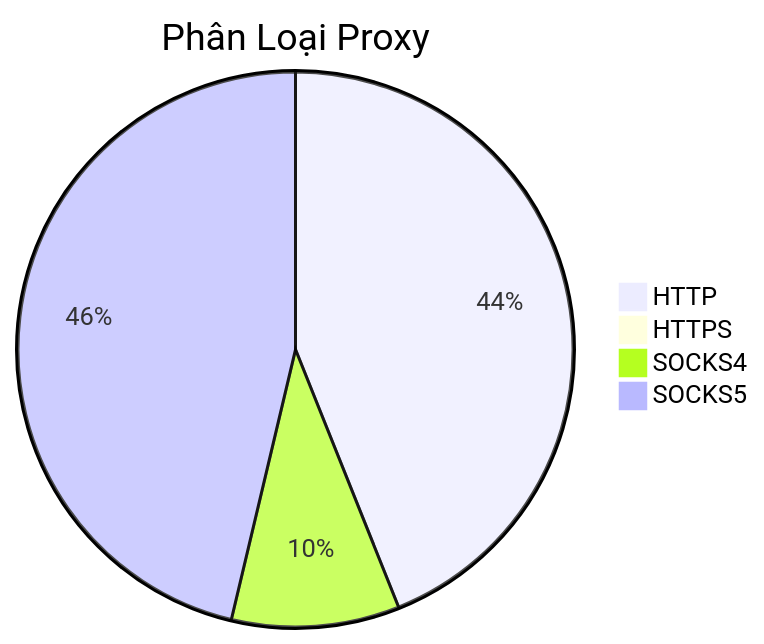
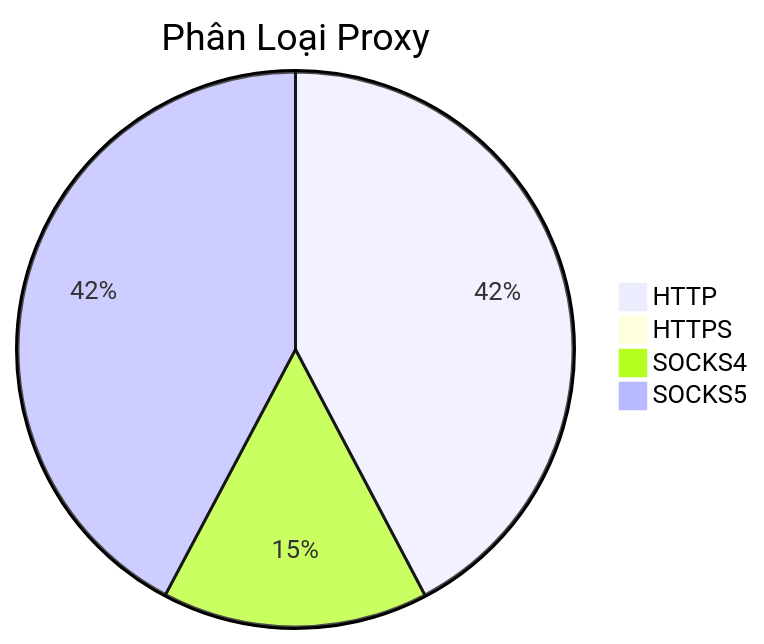
Before and after one commit to Ciara-12/PROXY-free: the diagram in README.md, drawn with Mermaid. The commit also changed other lines of this file and 4 other files, not shown here.

````diff
--- a/README.md
+++ b/README.md
@@ -26,7 +26,7 @@
 ```mermaid
 pie title Phân Loại Proxy
-    "HTTP" : 1349
-    "HTTPS" : 1
-    "SOCKS4" : 300
-    "SOCKS5" : 1421
+    "HTTP" : 948
+    "HTTPS" : 0
+    "SOCKS4" : 347
+    "SOCKS5" : 947
 ```
````
